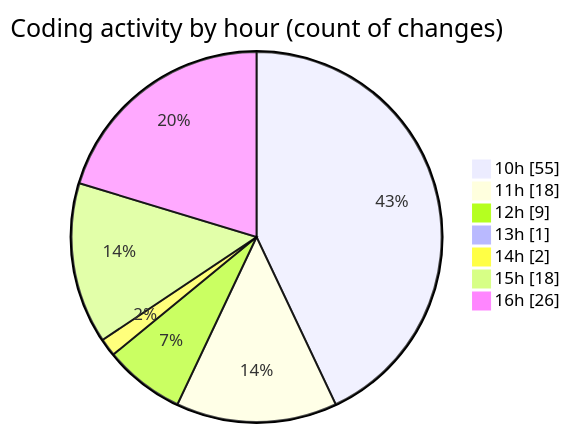
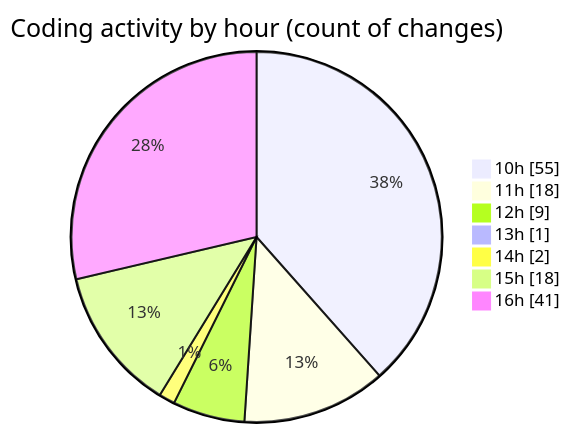
The second of 2 diagrams in 2026-03-06/nxtqube_webapp/README.md (nxtqubesakshisongat/code-tracking), drawn with Mermaid before and after one commit. The commit also changed other lines of this file and 1 other file, not shown here.

````diff
--- a/2026-03-06/nxtqube_webapp/README.md
+++ b/2026-03-06/nxtqube_webapp/README.md
@@ -39,11 +40,11 @@
 ```mermaid
 pie showData
 title Coding activity by hour (count of changes)
 "10h" : 55
 "11h" : 18
 "12h" : 9
 "13h" : 1
 "14h" : 2
 "15h" : 18
-"16h" : 26
+"16h" : 41
 ```
````
